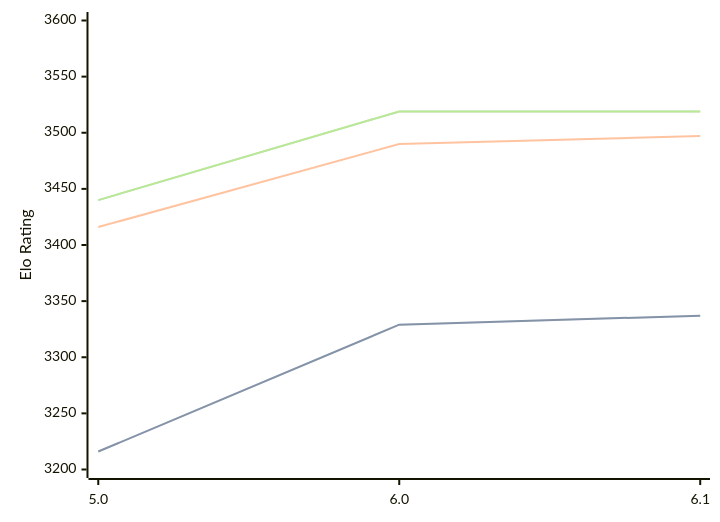
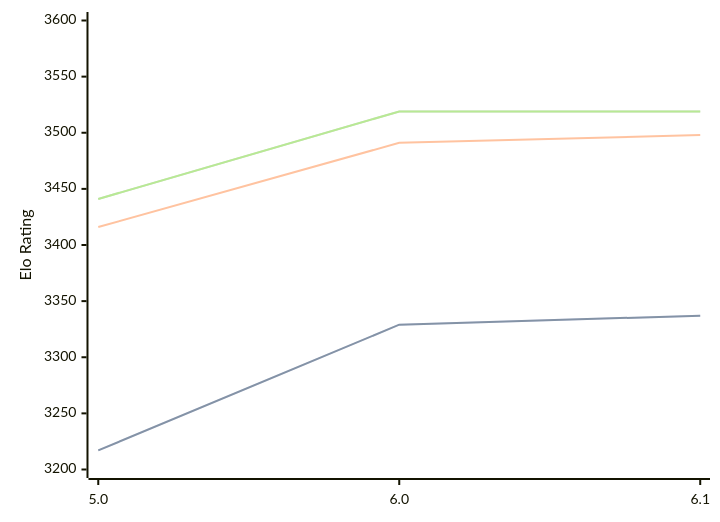
The diagram in engines/Starzix.md (computer-chess-index/cci), drawn with Mermaid before and after one commit. The commit also changed other lines of this file, not shown here.

Commit message:
Update CCI Ratings (ELO VLTC) - 2026-09-16

````diff
--- a/engines/Starzix.md
+++ b/engines/Starzix.md
@@ -33,11 +33,11 @@
 ```mermaid
 %%{init: {"theme":"base","themeVariables":{"seriesColors:['#a3a3a3','#222221','#faa371']}}}%%
 xychart-beta
   x-axis ["5.0", "6.0", "6.1"]
   y-axis "Elo Rating" 3200 --> 3600
-  line "" [3216, 3329, 3337]
-  line "STC (8.0+0.08s)" [3216, 3329, 3337]
-  line "LTC (60.0+0.60s)" [3416, 3490, 3497]
-  line "" [3440, 3519, 3519]
-  line "VLTC (2m24s+1.12s)" [3440, 3519, 3519]
+  line "" [3217, 3329, 3337]
+  line "STC (8.0+0.08s)" [3217, 3329, 3337]
+  line "LTC (60.0+0.60s)" [3416, 3491, 3498]
+  line "" [3441, 3519, 3519]
+  line "VLTC (2m24s+1.12s)" [3441, 3519, 3519]
 ```
````
